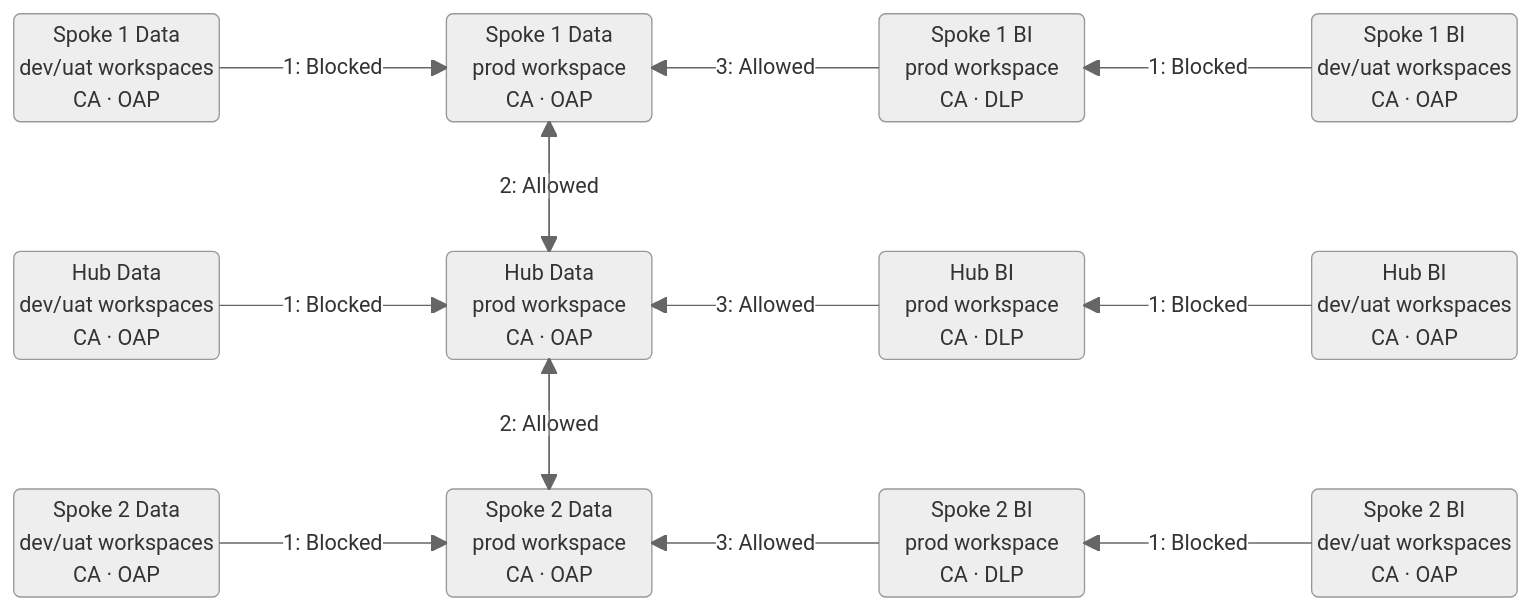
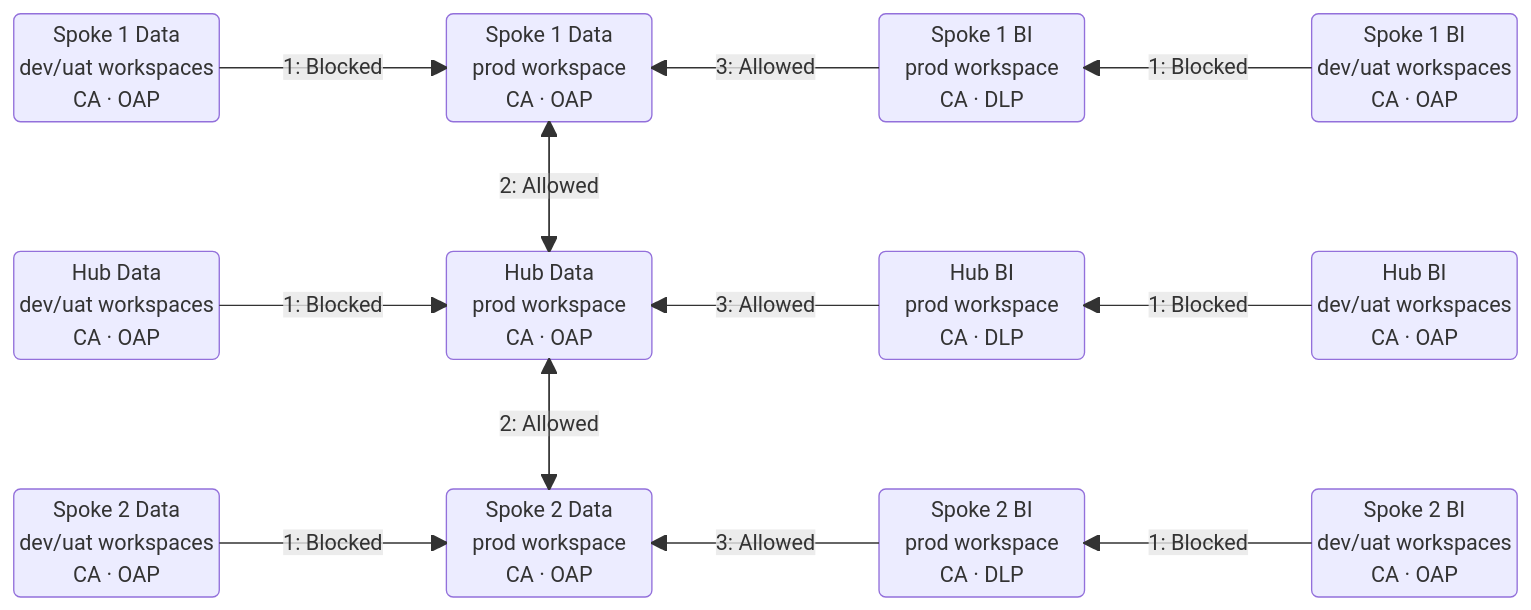
Before and after one commit to fabricnotes/fabricnotes.github.io: the diagram in posts/fabric-hub-spoke-security-blog.md, drawn with Mermaid. The commit also changed 4 other files, not shown here.

````diff
--- a/posts/fabric-hub-spoke-security-blog.md
+++ b/posts/fabric-hub-spoke-security-blog.md
@@ -34,24 +34,23 @@
 ```mermaid
-%%{init: {"theme": "neutral"}}%%
 block-beta
   columns 7
   S1DD("Spoke 1 Data<br/>dev/uat workspaces<br/>CA · OAP") space S1DP("Spoke 1 Data<br/>prod workspace<br/>CA · OAP") space S1BP("Spoke 1 BI<br/>prod workspace<br/>CA · DLP") space S1BD("Spoke 1 BI<br/>dev/uat workspaces<br/>CA · OAP")
   space:7
   HDD("Hub Data<br/>dev/uat workspaces<br/>CA · OAP") space HDP("Hub Data<br/>prod workspace<br/>CA · OAP") space HBP("Hub BI<br/>prod workspace<br/>CA · DLP") space HBD("Hub BI<br/>dev/uat workspaces<br/>CA · OAP")
   space:7
   S2DD("Spoke 2 Data<br/>dev/uat workspaces<br/>CA · OAP") space S2DP("Spoke 2 Data<br/>prod workspace<br/>CA · OAP") space S2BP("Spoke 2 BI<br/>prod workspace<br/>CA · DLP") space S2BD("Spoke 2 BI<br/>dev/uat workspaces<br/>CA · OAP")
 
   S1DD -- "1: Blocked" --> S1DP
   S1BP -- "3: Allowed" --> S1DP
   S1BD -- "1: Blocked" --> S1BP
   HDD -- "1: Blocked" --> HDP
   HBP -- "3: Allowed" --> HDP
   HBD -- "1: Blocked" --> HBP
   S2DD -- "1: Blocked" --> S2DP
   S2BP -- "3: Allowed" --> S2DP
   S2BD -- "1: Blocked" --> S2BP
   S1DP -- "2: Allowed" --> HDP
   HDP --> S1DP
   HDP -- "2: Allowed" --> S2DP
   S2DP --> HDP
 ```
````
